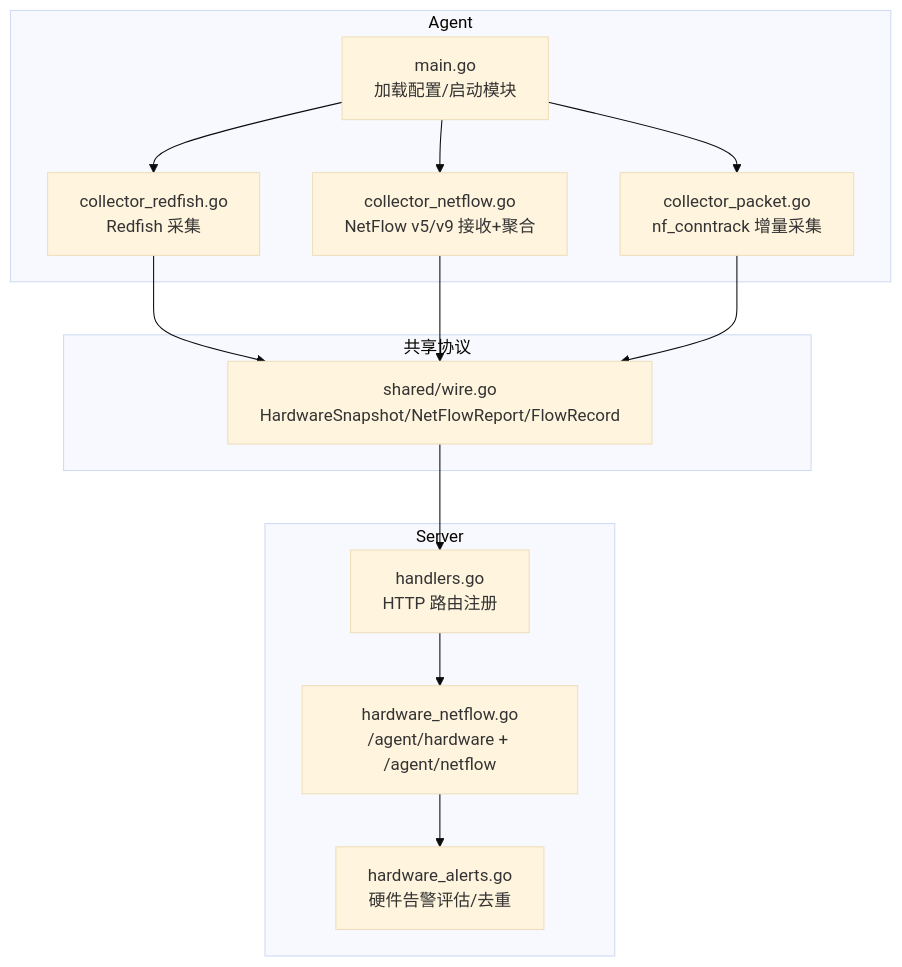
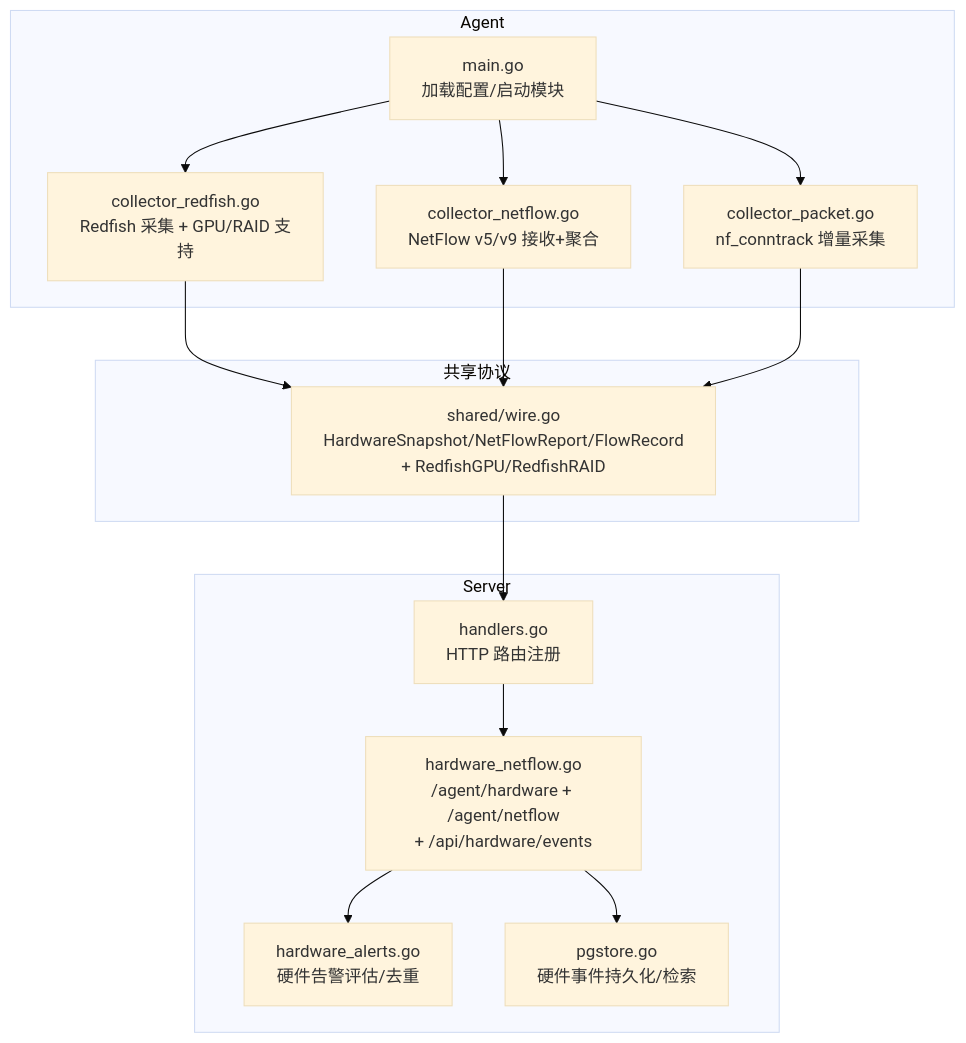
Before and after one commit to sreyun/aiops-monitor: the first of 8 diagrams in .qoder/repowiki/zh/content/核心功能/告警系统/硬件告警引擎.md, drawn with Mermaid (base theme). The commit also changed other lines of this file and 38 other files, not shown here.

````diff
--- a/.qoder/repowiki/zh/content/核心功能/告警系统/硬件告警引擎.md
+++ b/.qoder/repowiki/zh/content/核心功能/告警系统/硬件告警引擎.md
@@ -43,26 +52,28 @@
 ```mermaid
 graph TB
 subgraph "Agent"
 A_main["main.go<br/>加载配置/启动模块"]
-A_rf["collector_redfish.go<br/>Redfish 采集"]
+A_rf["collector_redfish.go<br/>Redfish 采集 + GPU/RAID 支持"]
 A_nf["collector_netflow.go<br/>NetFlow v5/v9 接收+聚合"]
 A_pkt["collector_packet.go<br/>nf_conntrack 增量采集"]
 end
 subgraph "共享协议"
-W["shared/wire.go<br/>HardwareSnapshot/NetFlowReport/FlowRecord"]
+W["shared/wire.go<br/>HardwareSnapshot/NetFlowReport/FlowRecord<br/>+ RedfishGPU/RedfishRAID"]
 end
 subgraph "Server"
 S_routes["handlers.go<br/>HTTP 路由注册"]
-S_ingest["hardware_netflow.go<br/>/agent/hardware + /agent/netflow"]
+S_ingest["hardware_netflow.go<br/>/agent/hardware + /agent/netflow<br/>+ /api/hardware/events"]
 S_eval["hardware_alerts.go<br/>硬件告警评估/去重"]
+S_pg["pgstore.go<br/>硬件事件持久化/检索"]
 end
 A_main --> A_rf
 A_main --> A_nf
 A_main --> A_pkt
 A_rf --> W
 A_nf --> W
 A_pkt --> W
 W --> S_routes
 S_routes --> S_ingest
 S_ingest --> S_eval
+S_ingest --> S_pg
 ```
````
